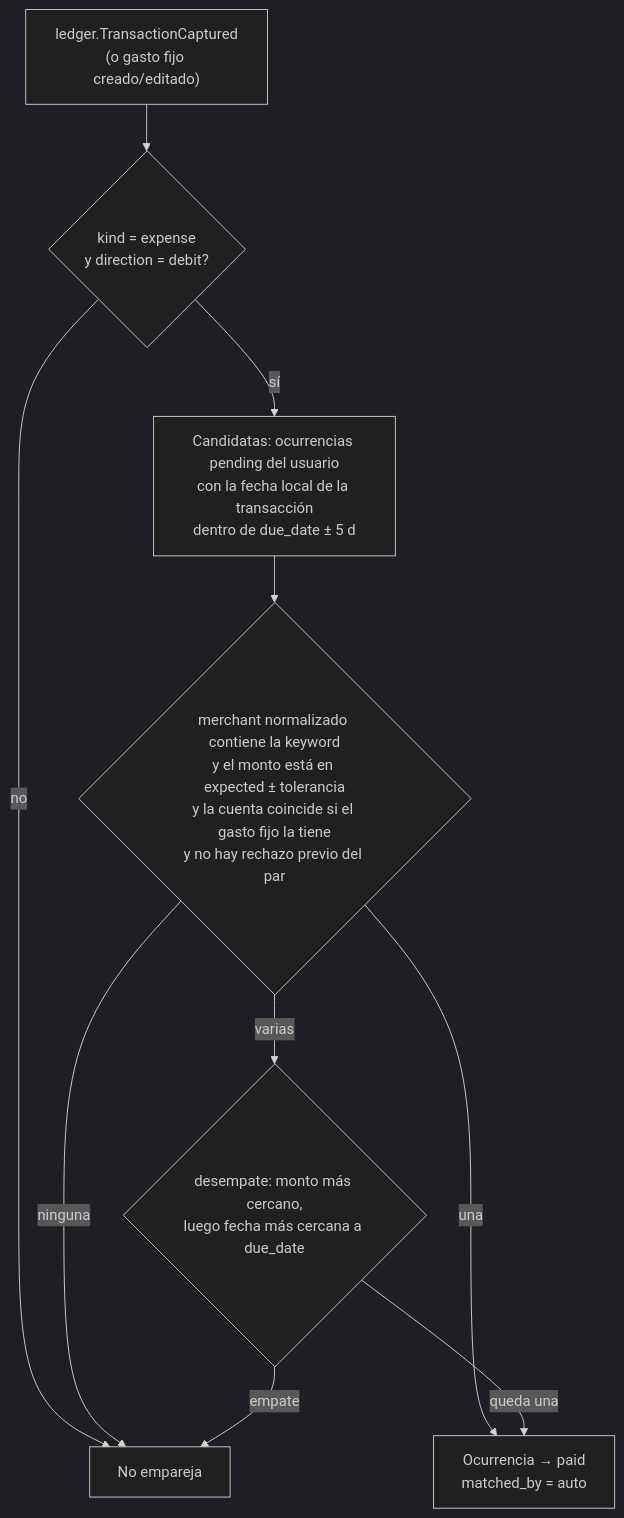
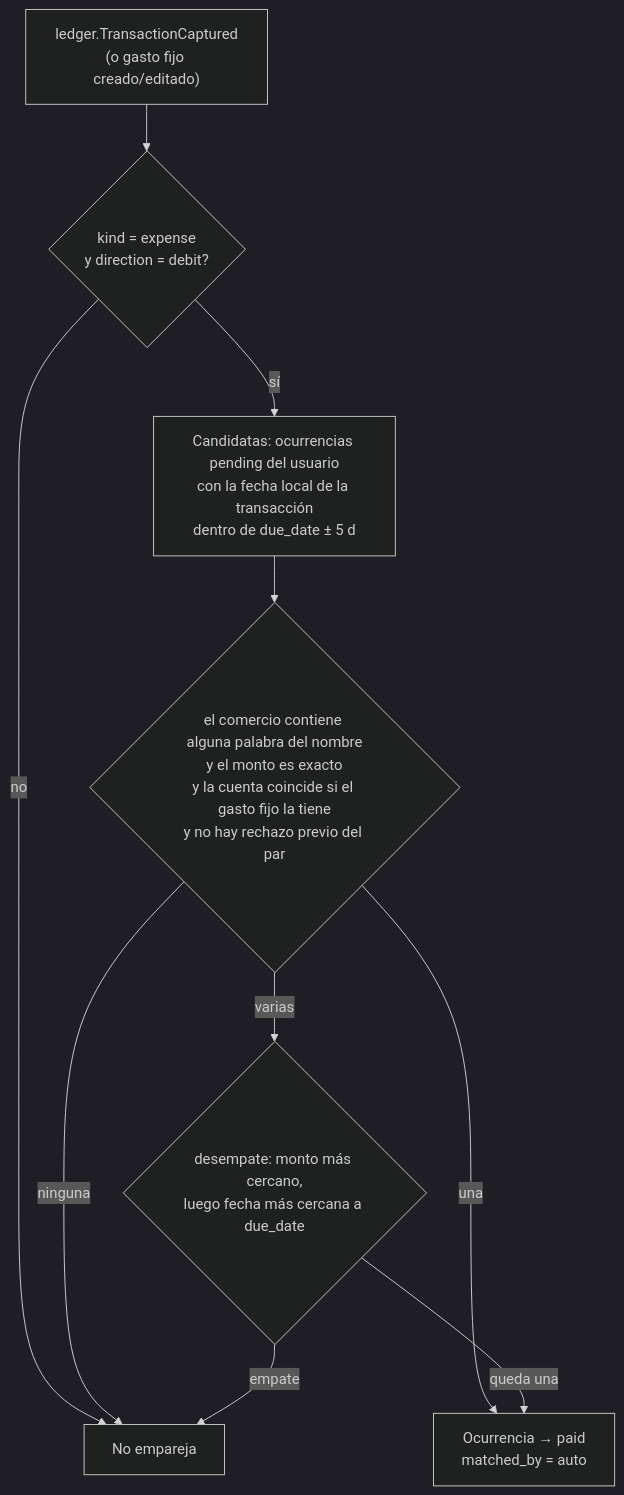
Before and after one commit to CristianmMst/luka: the diagram in docs/specs/011-recurring-expenses/spec.md, drawn with Mermaid (dark theme). The commit also changed other lines of this file and 23 other files, not shown here.

First line of the commit message:
feat(recurring): gasto fijo solo con nombre, monto exacto y dia (F7.6)

````diff
--- a/docs/specs/011-recurring-expenses/spec.md
+++ b/docs/specs/011-recurring-expenses/spec.md
@@ -50,12 +50,12 @@
 ```mermaid
 flowchart TD
     E["ledger.TransactionCaptured<br/>(o gasto fijo creado/editado)"] --> K{"kind = expense<br/>y direction = debit?"}
     K -->|no| X[No empareja]
     K -->|sí| C["Candidatas: ocurrencias pending del usuario<br/>con la fecha local de la transacción<br/>dentro de due_date ± 5 d"]
-    C --> F{"merchant normalizado contiene la keyword<br/>y el monto está en expected ± tolerancia<br/>y la cuenta coincide si el gasto fijo la tiene<br/>y no hay rechazo previo del par"}
+    C --> F{"el comercio contiene alguna palabra del nombre<br/>y el monto es exacto<br/>y la cuenta coincide si el gasto fijo la tiene<br/>y no hay rechazo previo del par"}
     F -->|ninguna| X
     F -->|una| P["Ocurrencia → paid<br/>matched_by = auto"]
     F -->|varias| T{"desempate: monto más cercano,<br/>luego fecha más cercana a due_date"}
     T -->|queda una| P
     T -->|empate| X
 ```
````
